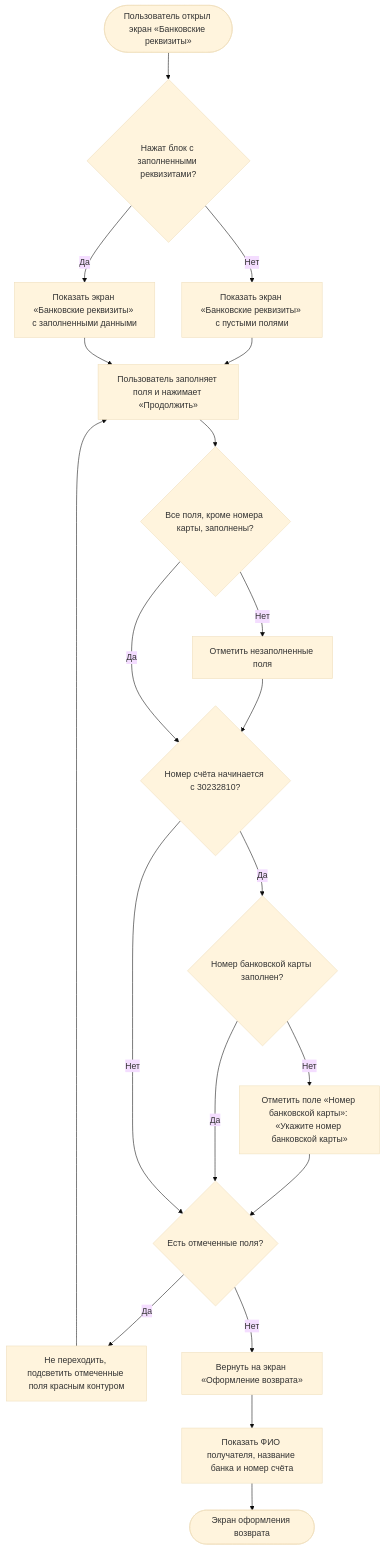
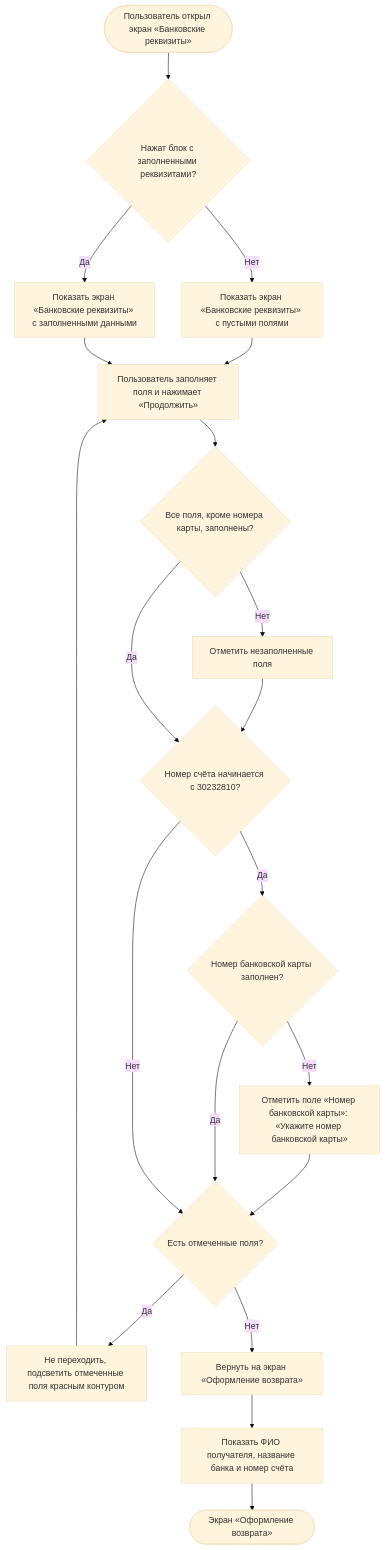
Before and after one commit to Terinss155/opencode-agents-analysis: diagram 16 of 22 in projects/returns-2.0/requirements/srs/srs-mobile-mvp.md, drawn with Mermaid (base theme). The commit also changed other lines of this file and 4 other files, not shown here.

````diff
--- a/projects/returns-2.0/requirements/srs/srs-mobile-mvp.md
+++ b/projects/returns-2.0/requirements/srs/srs-mobile-mvp.md
@@ -1080,22 +1079,22 @@
 ```mermaid
 flowchart TD
     S([Пользователь открыл экран «Банковские реквизиты»]) --> E{"Нажат блок с заполненными реквизитами?"}
     E -->|Нет| E1["Показать экран «Банковские реквизиты» с пустыми полями"]
     E -->|Да| E2["Показать экран «Банковские реквизиты» с заполненными данными"]
     E1 --> F["Пользователь заполняет поля и нажимает «Продолжить»"]
     E2 --> F
     F --> V{"Все поля, кроме номера карты, заполнены?"}
     V -->|Нет| V1["Отметить незаполненные поля"]
     V1 --> G
     V -->|Да| G{"Номер счёта начинается с 30232810?"}
     G -->|Да| G1{"Номер банковской карты заполнен?"}
     G1 -->|Нет| G2["Отметить поле «Номер банковской карты»: «Укажите номер банковской карты»"]
     G2 --> X
     G1 -->|Да| X
     G -->|Нет| X{"Есть отмеченные поля?"}
     X -->|Да| X1["Не переходить, подсветить отмеченные поля красным контуром"]
     X1 --> F
     X -->|Нет| H["Вернуть на экран «Оформление возврата»"]
     H --> H1["Показать ФИО получателя, название банка и номер счёта"]
-    H1 --> Z([Экран оформления возврата])
+    H1 --> Z([Экран «Оформление возврата»])
 ```
````
